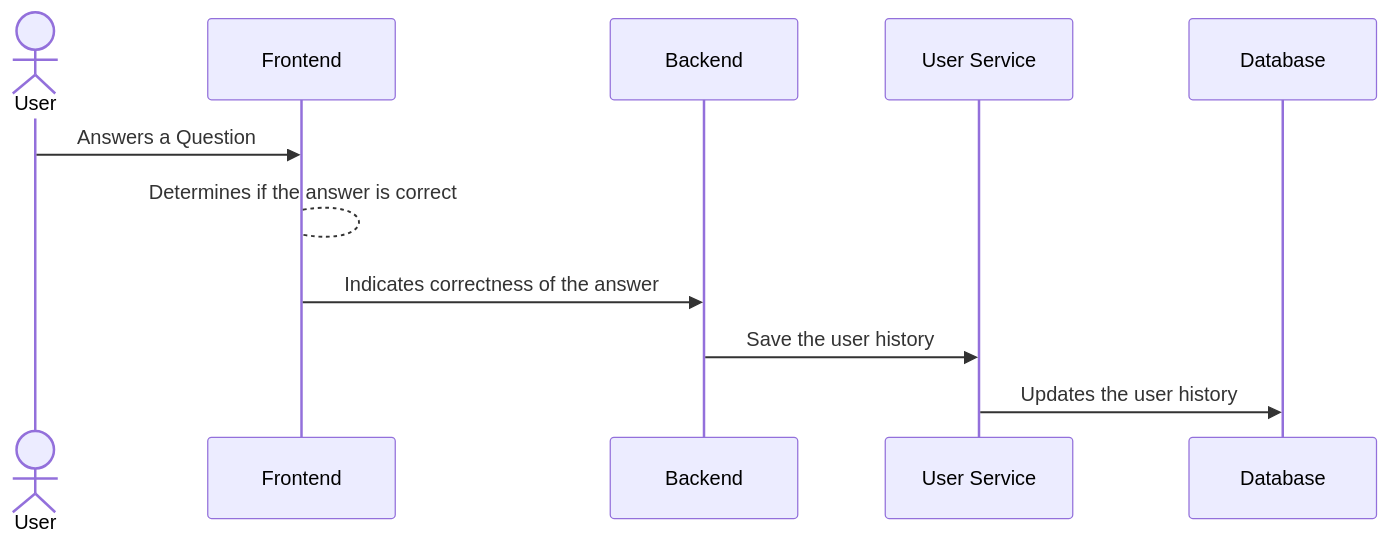
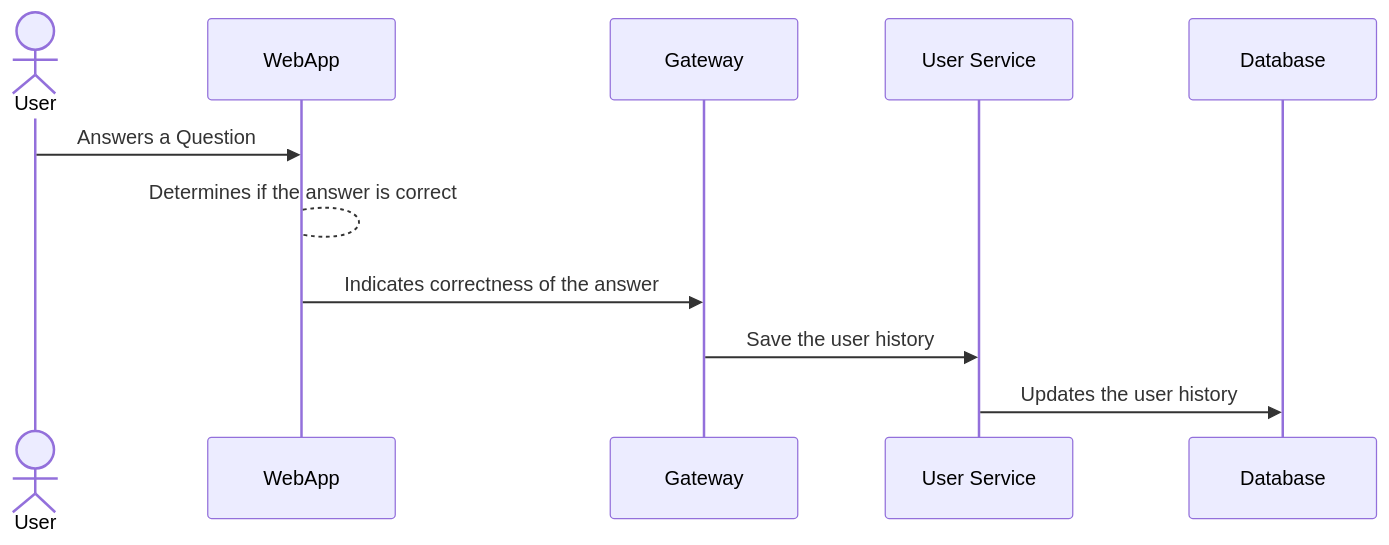
Before and after one commit to Arquisoft/wiq_en3b: the third of 3 diagrams in docs/src/06_runtime_view.adoc, drawn with Mermaid. The commit also changed other lines of this file and 1 other file, not shown here.

Commit message:
Updated Diagrams and Descriptions

```diff
--- a/docs/src/06_runtime_view.adoc
+++ b/docs/src/06_runtime_view.adoc
@@ -106,15 +109,15 @@
 [mermaid]
 ....
  sequenceDiagram
     actor U as User
-    participant FE as Frontend 
-    participant BE as Backend 
+    participant FE as WebApp 
+    participant BE as Gateway 
     participant HS as User Service
     participant DB as Database 
 
     U->>FE: Answers a Question
     FE-->FE: Determines if the answer is correct
     FE->>BE: Indicates correctness of the answer
     BE->>HS: Save the user history
     HS->>DB: Updates the user history
 ....
```
